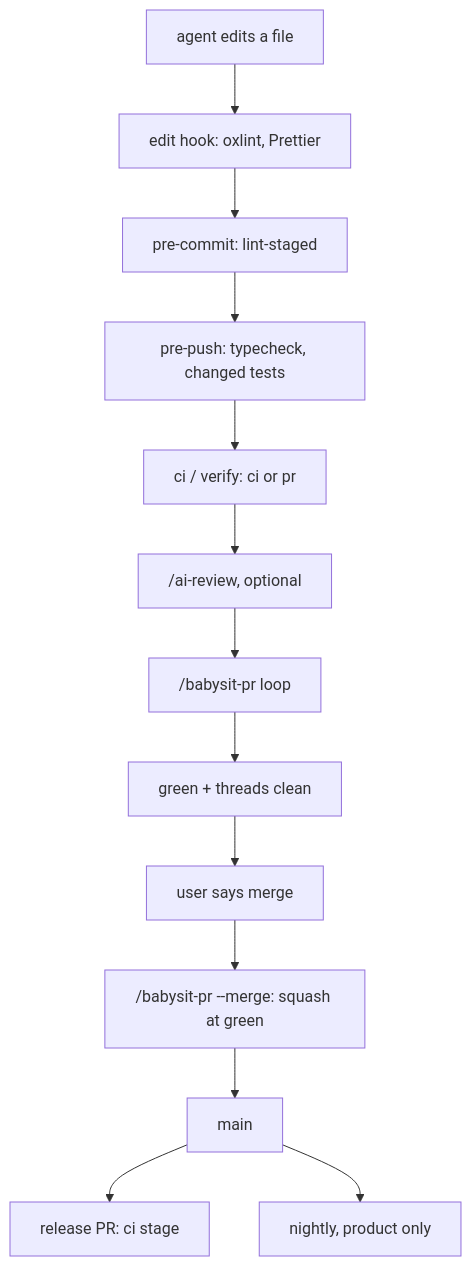
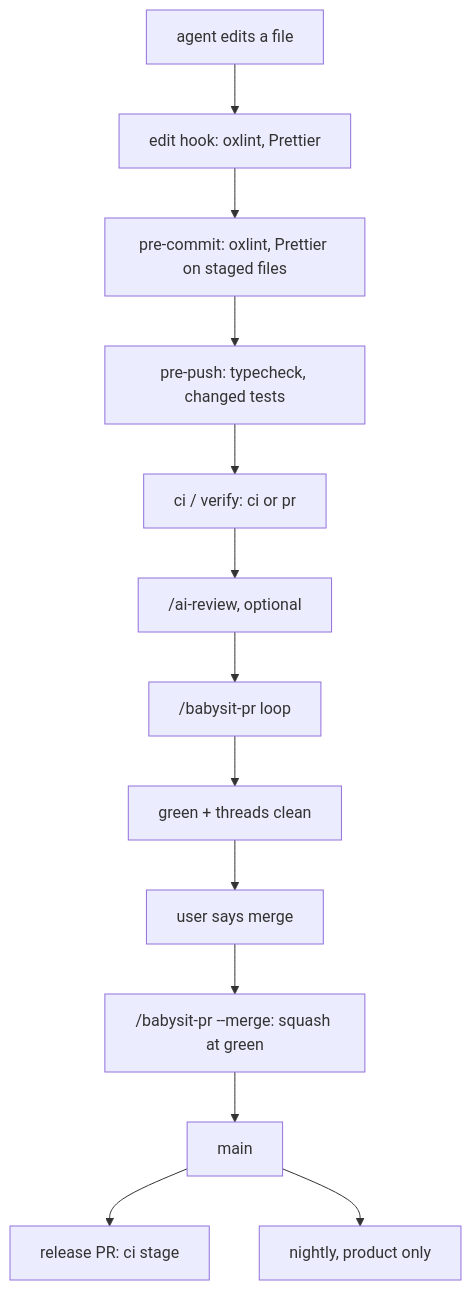
Before and after one commit to timschoch/skilly: the fourth of 7 diagrams in docs/dev-process.md, drawn with Mermaid. The commit also changed other lines of this file and 8 other files, not shown here.

First line of the commit message:
fix(bundles): pre-commit lints staged files without lint-staged (#254)

````diff
--- a/docs/dev-process.md
+++ b/docs/dev-process.md
@@ -90,15 +90,15 @@
 ```mermaid
 flowchart TD
   edit[agent edits a file] --> hook[edit hook: oxlint, Prettier]
-  hook --> commit[pre-commit: lint-staged]
+  hook --> commit[pre-commit: oxlint, Prettier on staged files]
   commit --> push[pre-push: typecheck, changed tests]
   push --> gate[ci / verify: ci or pr]
   gate --> ai["/ai-review, optional"]
   ai --> babysit["/babysit-pr loop"]
   babysit --> clean[green + threads clean]
   clean --> ask[user says merge]
   ask --> merge["/babysit-pr --merge: squash at green"]
   merge --> main[main]
   main --> release[release PR: ci stage]
   main --> nightly[nightly, product only]
 ```
````
